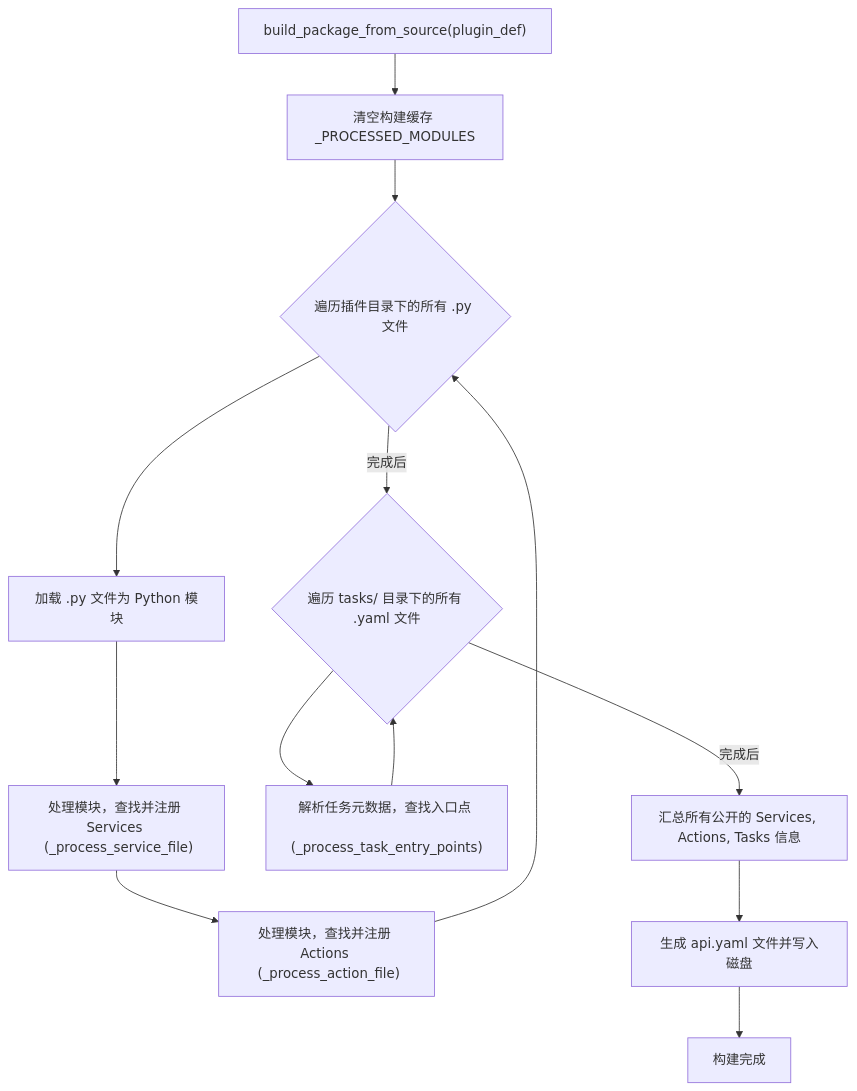
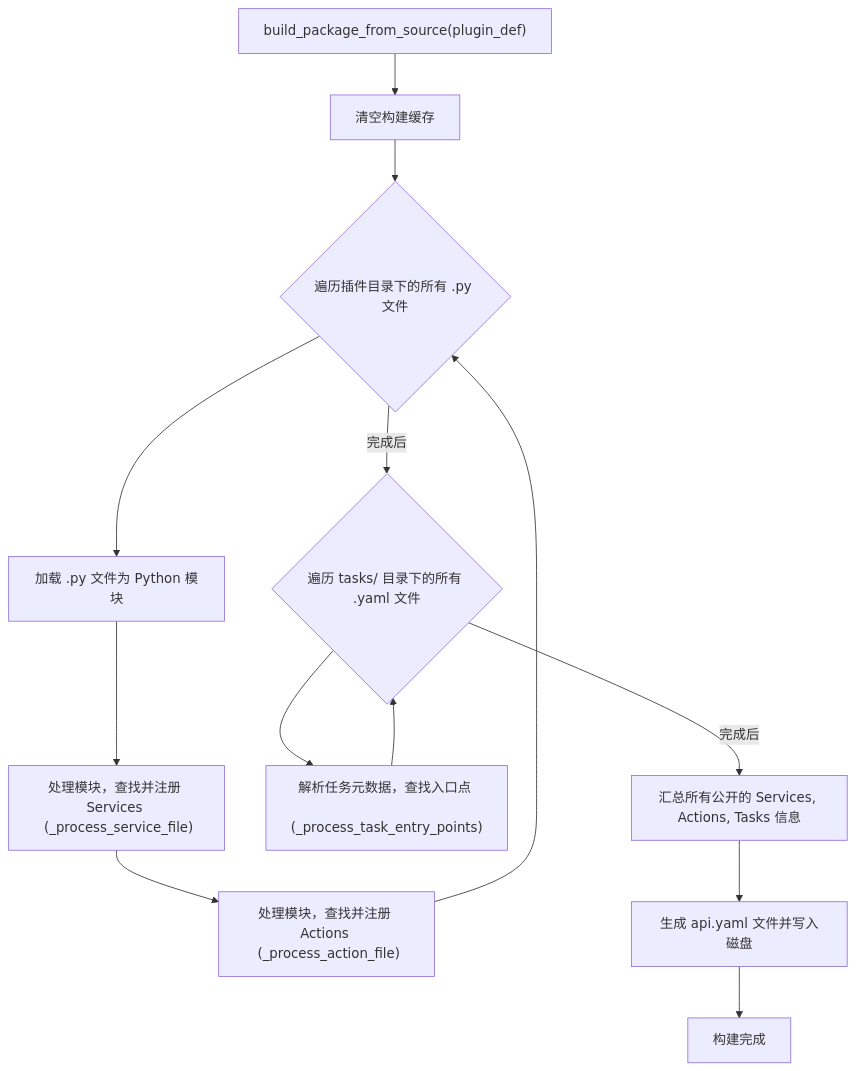
Before and after one commit to nightofknife/aura-framework: the second of 2 diagrams in readme/core_doc/builder.md, drawn with Mermaid. The commit also changed other lines of this file and 22 other files, not shown here.

````diff
--- a/readme/core_doc/builder.md
+++ b/readme/core_doc/builder.md
@@ -56,15 +57,15 @@
 ```mermaid
 flowchart TD
-    Start["build_package_from_source(plugin_def)"] --> A["清空构建缓存 _PROCESSED_MODULES"];
+    Start["build_package_from_source(plugin_def)"] --> A["清空构建缓存"];
     A --> B{"遍历插件目录下的所有 .py 文件"};
     B --> C["加载 .py 文件为 Python 模块"];
     C --> D["处理模块，查找并注册 Services <br> (_process_service_file)"];
     D --> E["处理模块，查找并注册 Actions <br> (_process_action_file)"];
     E --> B;
     B -- "完成后" --> F{"遍历 tasks/ 目录下的所有 .yaml 文件"};
     F --> G["解析任务元数据，查找入口点 <br> (_process_task_entry_points)"];
     G --> F;
     F -- "完成后" --> H["汇总所有公开的 Services, Actions, Tasks 信息"];
     H --> I["生成 api.yaml 文件并写入磁盘"];
     I --> End["构建完成"];
 ```
````
